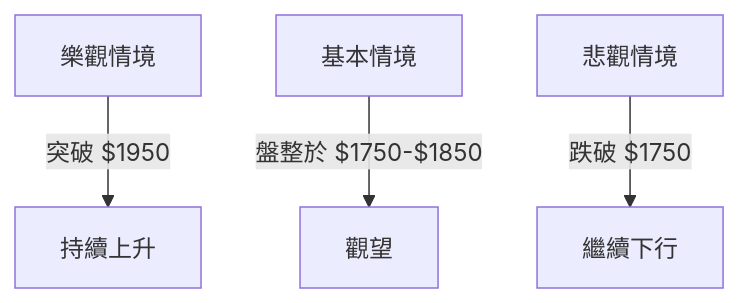
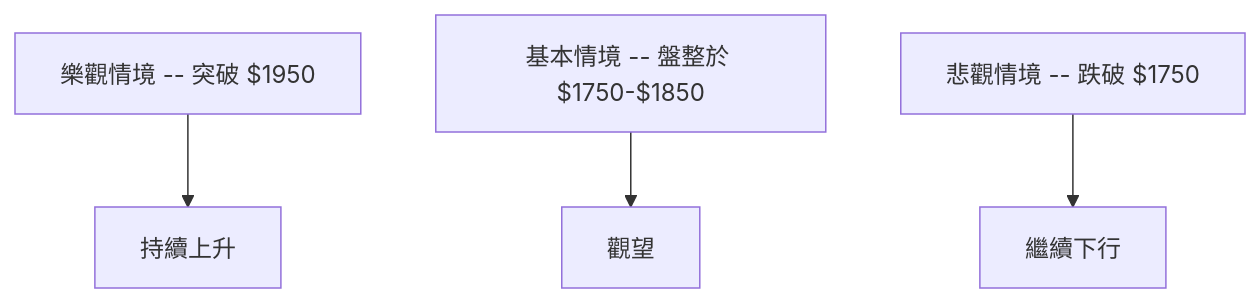
Before and after one commit to yennanliu/finance_data: the tenth of 10 diagrams in ai_gen_report/stock/2330.tw/technical_analysis_2026-04-05_openai.md, drawn with Mermaid. The commit also changed other lines of this file and 2258 other files, not shown here.

First line of the commit message:
chore: backfill Mermaid syntax repair across existing reports

````diff
--- a/ai_gen_report/stock/2330.tw/technical_analysis_2026-04-05_openai.md
+++ b/ai_gen_report/stock/2330.tw/technical_analysis_2026-04-05_openai.md
@@ -376,6 +376,6 @@
 ```mermaid
 graph TD
-    樂觀情境 -- 突破 $1950 --> 持續上升
-    基本情境 -- 盤整於 $1750-$1850 --> 觀望
-    悲觀情境 -- 跌破 $1750 --> 繼續下行
+    nb1["樂觀情境 -- 突破 $1950"] --> 持續上升
+    nb2["基本情境 -- 盤整於 $1750-$1850"] --> 觀望
+    nb3["悲觀情境 -- 跌破 $1750"] --> 繼續下行
 ```
````
